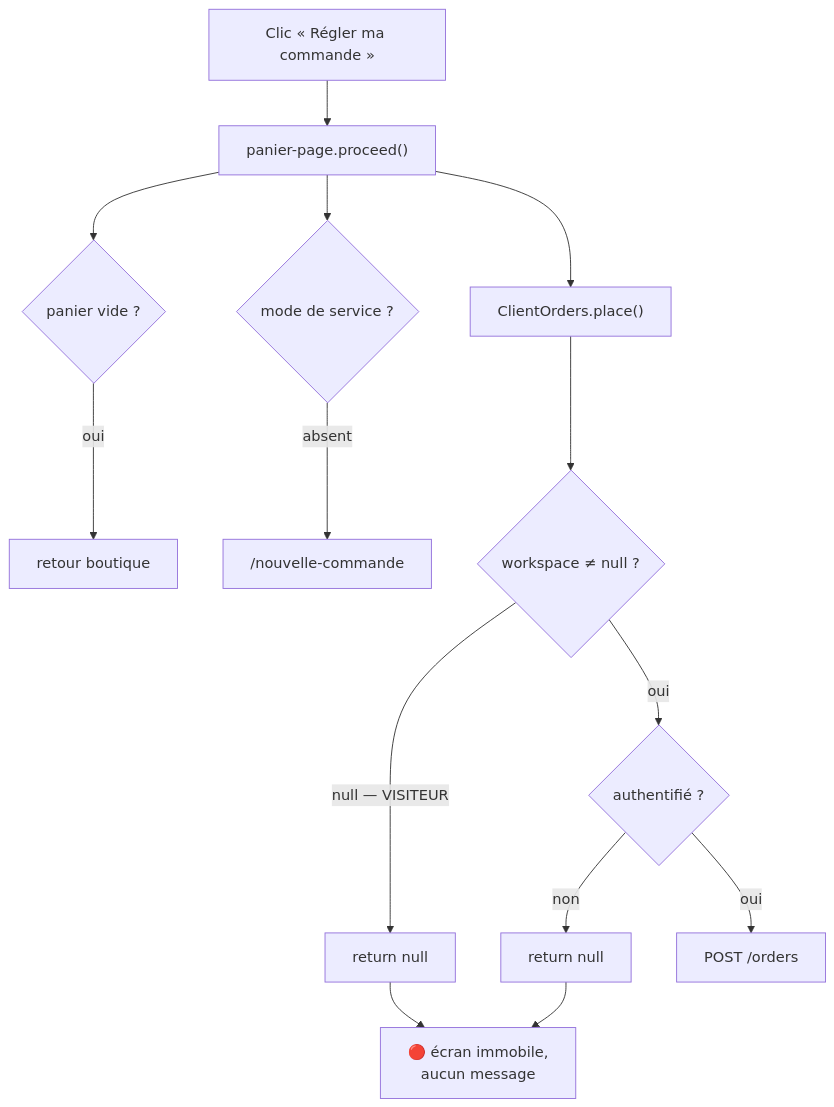
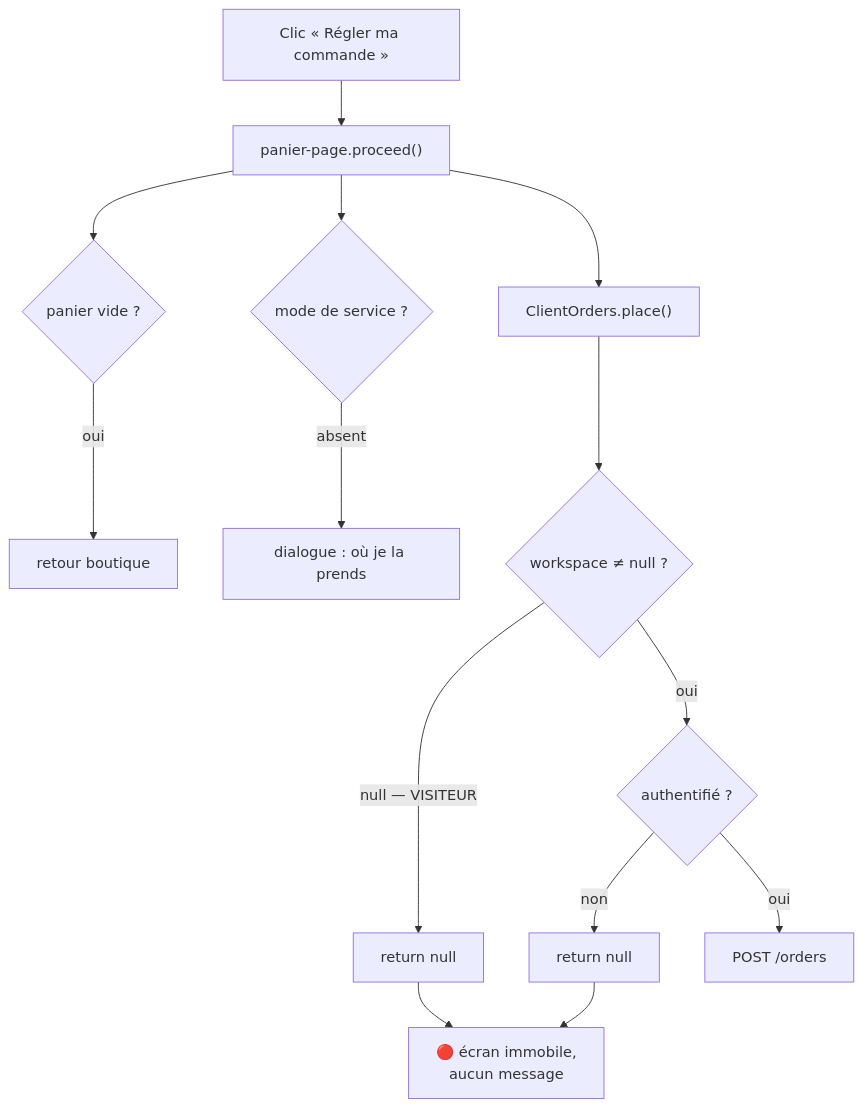
The fourth of 4 diagrams in documentation/order/flux-de-commande.md (hugoheynard/lfd), drawn with Mermaid before and after one commit. The commit also changed other lines of this file and 55 other files, not shown here.

````diff
--- a/documentation/order/flux-de-commande.md
+++ b/documentation/order/flux-de-commande.md
@@ -183,14 +186,14 @@
 ```mermaid
 flowchart TD
     C["Clic « Régler ma commande »"] --> P["panier-page.proceed()"]
     P --> E{"panier vide ?"} -->|oui| RB["retour boutique"]
-    P --> M{"mode de service ?"} -->|absent| NC["/nouvelle-commande"]
+    P --> M{"mode de service ?"} -->|absent| NC["dialogue : où je la prends"]
     P --> PL["ClientOrders.place()"]
     PL --> W{"workspace ≠ null ?"}
     W -->|"null — VISITEUR"| N1["return null"]
     W -->|oui| T{"authentifié ?"}
     T -->|non| N2["return null"]
     T -->|oui| POST["POST /orders"]
     N1 --> SIL["🔴 écran immobile,<br/>aucun message"]
     N2 --> SIL
 ```
````
